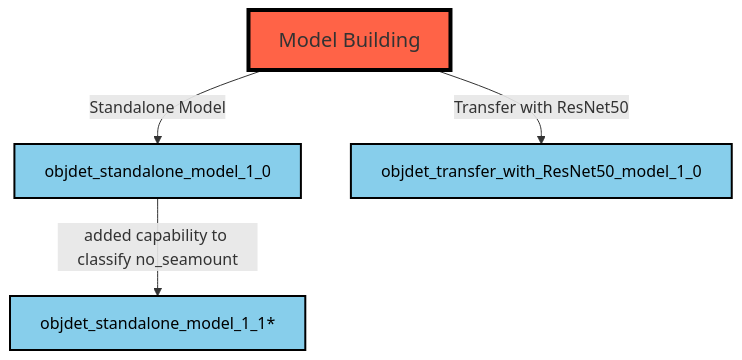
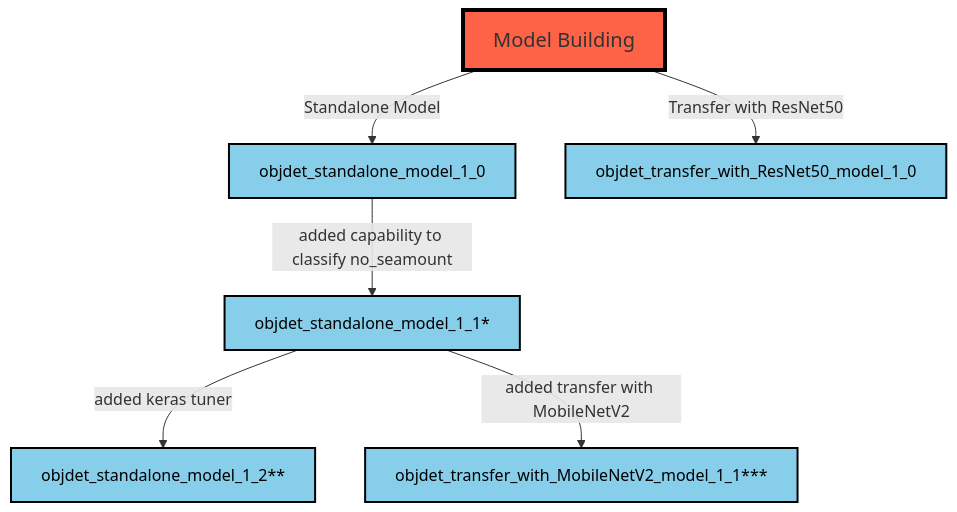
The second of 2 diagrams in Workflow Image Segmentation.md (annewoelfl/Seamounts), drawn with Mermaid before and after one commit. The commit also changed other lines of this file, not shown here.

Commit message:
Updated workflow

````diff
--- a/Workflow Image Segmentation.md
+++ b/Workflow Image Segmentation.md
@@ -55,28 +55,40 @@
 ```mermaid
 graph TD
     %% Start with Model Building at the top
     R[Model Building]
 
     %% Add arrows from Model Building to the two new models
     R -->|Standalone Model| S[objdet_standalone_model_1_0]
     R -->|Transfer with ResNet50| T[objdet_transfer_with_ResNet50_model_1_0]
 
     %% Style for Model Building
     style R fill:#ff6347,stroke:#000,stroke-width:4px, font-size:20px
 
     %% Style for the new models with black text
     style S fill:#87CEEB,stroke:#000,stroke-width:2px, color:#000
     style T fill:#87CEEB,stroke:#000,stroke-width:2px, color:#000
 
     %% Add the next model and comment for objdet_standalone_model_1_1
     S -->|added capability to classify no_seamount| U[objdet_standalone_model_1_1*]
     
     %% Comment for objdet_standalone_model_1_1
     classDef comment fill:#f8f8f8,stroke:none;
     class U comment;
     
     %% Style for objdet_standalone_model_1_1
     style U fill:#87CEEB,stroke:#000,stroke-width:2px, color:#000
     U:::comment
 
+    %% Add downward arrow to objdet_standalone_model_1_2 with text
+    U -->|added keras tuner| V[objdet_standalone_model_1_2**]
+
+    %% Style for objdet_standalone_model_1_2
+    style V fill:#87CEEB,stroke:#000,stroke-width:2px, color:#000
+
+    %% Add rightward arrow to objdet_transfer_with_MobileNetV2_model_1_1***
+    U -->|added transfer with MobileNetV2| W[objdet_transfer_with_MobileNetV2_model_1_1***]
+
+    %% Style for objdet_transfer_with_MobileNetV2_model_1_1***
+    style W fill:#87CEEB,stroke:#000,stroke-width:2px, color:#000
+
 ```
````
